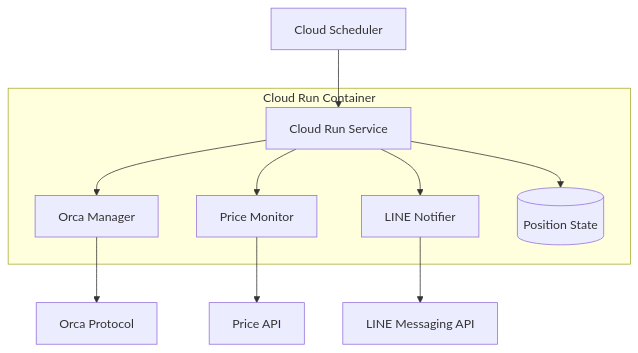
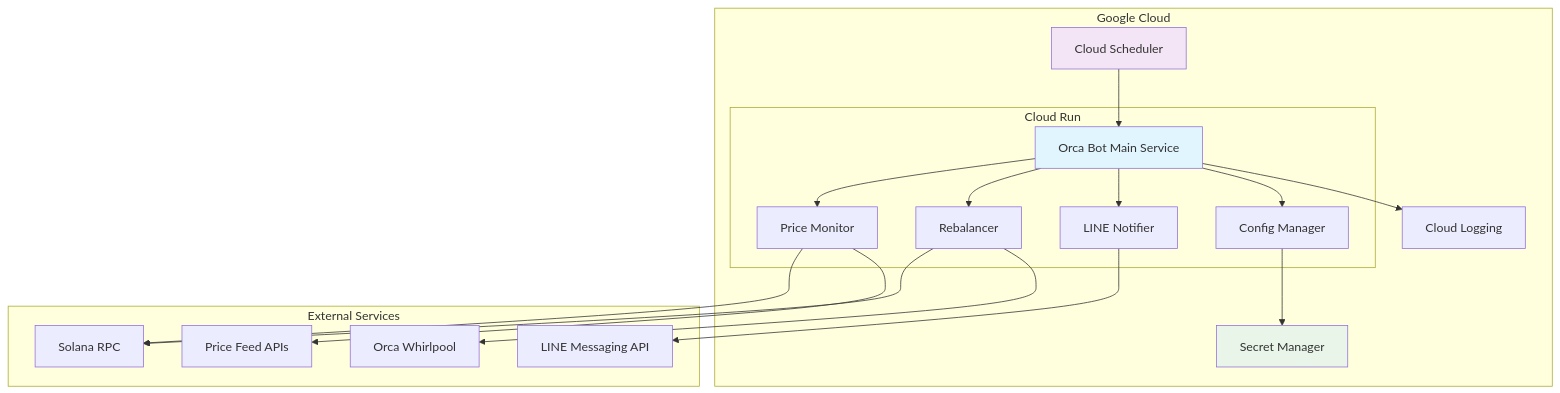
Before and after one commit to SuzukiTakamasa/Orca-LP: the diagram in .kiro/specs/orca-liquidity-bot/design.md, drawn with Mermaid. The commit also changed other lines of this file and 24 other files, not shown here.

````diff
--- a/.kiro/specs/orca-liquidity-bot/design.md
+++ b/.kiro/specs/orca-liquidity-bot/design.md
@@ -9,20 +16,41 @@
 ```mermaid
 graph TB
-    CS[Cloud Scheduler] --> CR[Cloud Run Service]
-    CR --> OM[Orca Manager]
-    CR --> PM[Price Monitor]
-    CR --> LN[LINE Notifier]
-    CR --> DB[(Position State)]
+    subgraph "Google Cloud"
+        subgraph "Cloud Run"
+            A[Orca Bot Main Service]
+            B[Price Monitor]
+            C[Rebalancer]
+            D[LINE Notifier]
+            E[Config Manager]
+        end
+        
+        F[Cloud Scheduler]
+        G[Secret Manager]
+        H[Cloud Logging]
+    end
     
-    OM --> OP[Orca Protocol]
-    PM --> API[Price API]
-    LN --> LINE[LINE Messaging API]
+    subgraph "External Services"
+        I[Solana RPC]
+        J[Orca Whirlpool]
+        K[LINE Messaging API]
+        L[Price Feed APIs]
+    end
     
-    subgraph "Cloud Run Container"
-        CR
-        OM
-        PM
-        LN
-        DB
-    end
+    F --> A
+    A --> B
+    A --> C
+    A --> D
+    A --> E
+    E --> G
+    A --> H
+    
+    B --> I
+    B --> L
+    C --> I
+    C --> J
+    D --> K
+    
+    style A fill:#e1f5fe
+    style F fill:#f3e5f5
+    style G fill:#e8f5e8
 ```
````
